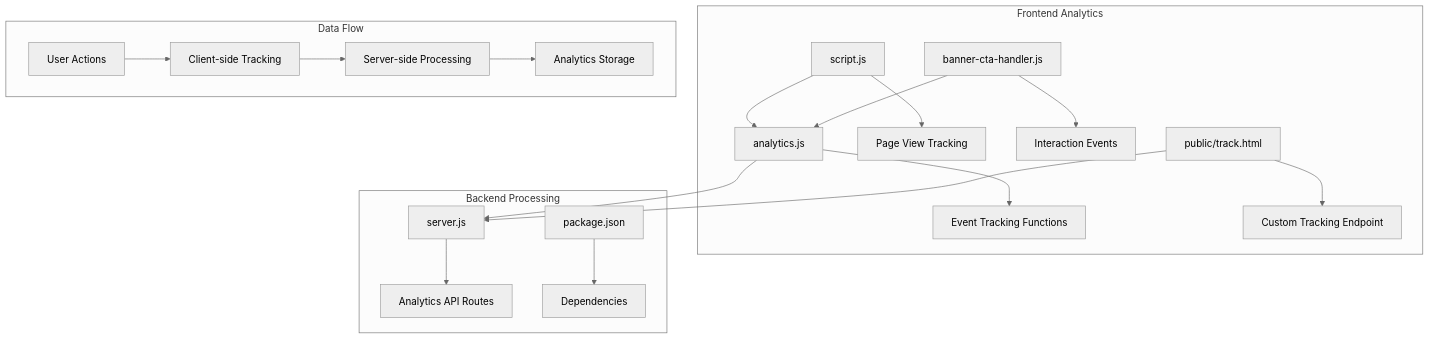
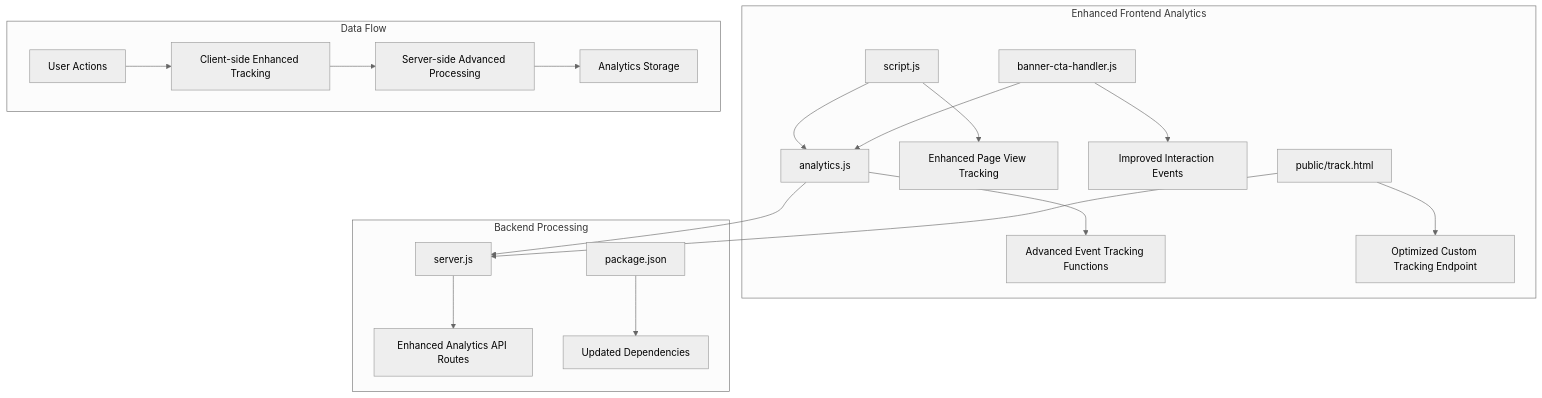
Before and after one commit to Dunstun2/GeniusMind-Home-Schooling: the first of 6 diagrams in .qoder/repowiki/en/content/Backend Services & API/Analytics & Tracking Services.md, drawn with Mermaid (neutral theme). The commit also changed other lines of this file and 42 other files, not shown here.

````diff
--- a/.qoder/repowiki/en/content/Backend Services & API/Analytics & Tracking Services.md
+++ b/.qoder/repowiki/en/content/Backend Services & API/Analytics & Tracking Services.md
@@ -36,22 +44,22 @@
 ```mermaid
 graph TB
-subgraph "Frontend Analytics"
-A[analytics.js] --> B[Event Tracking Functions]
-C[script.js] --> D[Page View Tracking]
-E[banner-cta-handler.js] --> F[Interaction Events]
-G[public/track.html] --> H[Custom Tracking Endpoint]
+subgraph "Enhanced Frontend Analytics"
+A[analytics.js] --> B[Advanced Event Tracking Functions]
+C[script.js] --> D[Enhanced Page View Tracking]
+E[banner-cta-handler.js] --> F[Improved Interaction Events]
+G[public/track.html] --> H[Optimized Custom Tracking Endpoint]
 end
 subgraph "Backend Processing"
-I[server.js] --> J[Analytics API Routes]
-K[package.json] --> L[Dependencies]
+I[server.js] --> J[Enhanced Analytics API Routes]
+K[package.json] --> L[Updated Dependencies]
 end
 subgraph "Data Flow"
-M[User Actions] --> N[Client-side Tracking]
-N --> O[Server-side Processing]
+M[User Actions] --> N[Client-side Enhanced Tracking]
+N --> O[Server-side Advanced Processing]
 O --> P[Analytics Storage]
 end
 A --> I
 C --> A
 E --> A
 G --> I
 ```
````
